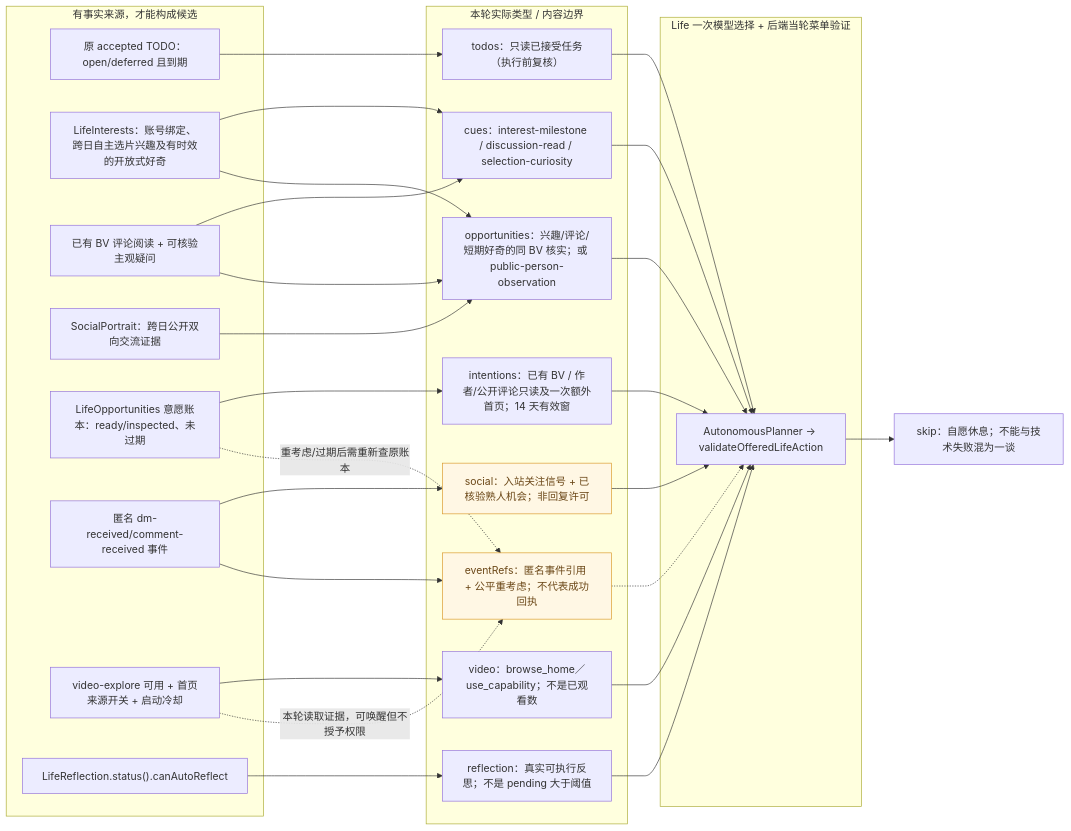
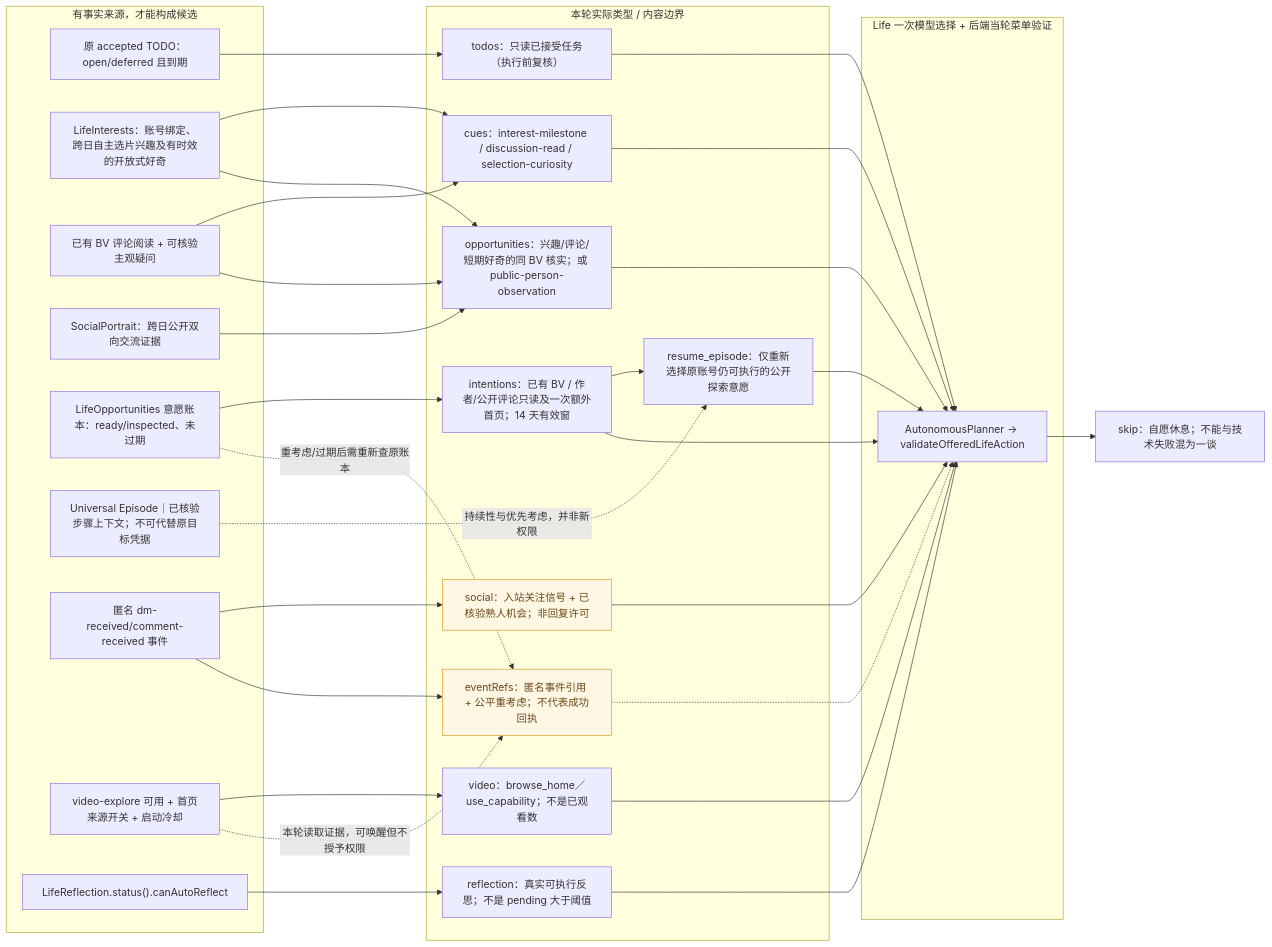
One commit to minedalang/dsh-dafeiyu-life changed the diagram in docs/architecture/diagrams/life-candidates-current.mmd. Above: the diagram before and after it, drawn with Mermaid. The commit also changed 22 other files, not shown here.

```diff
--- a/docs/architecture/diagrams/life-candidates-current.mmd
+++ b/docs/architecture/diagrams/life-candidates-current.mmd
@@ -1,65 +1,73 @@
 %% 生活候选细目字典：这是当前项目的真实 schema 类型/选择约束，不是泛化的 AI 心理推演。
 flowchart LR
   subgraph inputs["有事实来源，才能构成候选"]
     sourceTodo["原 accepted TODO：open/deferred 且到期"]
     sourceInterest["LifeInterests：账号绑定、跨日自主选片兴趣及有时效的开放式好奇"]
     sourceDiscussion["已有 BV 评论阅读 + 可核验主观疑问"]
     sourcePerson["SocialPortrait：跨日公开双向交流证据"]
     sourceLife["LifeOpportunities 意愿账本：ready/inspected、未过期"]
+    episodeState["Universal Episode｜已核验步骤上下文；不可代替原目标凭据"]
     sourceSocial["匿名 dm-received/comment-received 事件"]
     sourceVideo["video-explore 可用 + 首页来源开关 + 启动冷却"]
     sourceReflect["LifeReflection.status().canAutoReflect"]
   end
   subgraph candidates["本轮实际类型 / 内容边界"]
     todos["todos：只读已接受任务（执行前复核）"]
     cues["cues：interest-milestone / discussion-read / selection-curiosity"]
     opportunities["opportunities：兴趣/评论/短期好奇的同 BV 核实；或 public-person-observation"]
     intentions["intentions：已有 BV / 作者/公开评论只读及一次额外首页；14 天有效窗"]
+    resume["resume_episode：仅重新选择原账号仍可执行的公开探索意愿"]
     social["social：入站关注信号 + 已核验熟人机会；非回复许可"]
     video["video：browse_home／use_capability；不是已观看数"]
     reflection["reflection：真实可执行反思；不是 pending 大于阈值"]
     eventRefs["eventRefs：匿名事件引用 + 公平重考虑；不代表成功回执"]
   end
   sourceTodo --> todos
   sourceInterest --> cues
   sourceDiscussion --> cues
   sourceInterest --> opportunities
   sourceDiscussion --> opportunities
   sourcePerson --> opportunities
   sourceLife --> intentions
+  episodeState -.->|持续性与优先考虑，并非新权限| resume
+  intentions --> resume
   sourceSocial --> social
   sourceVideo --> video
   sourceReflect --> reflection
   sourceSocial --> eventRefs
   sourceVideo -.->|本轮读取证据，可唤醒但不授予权限| eventRefs
   sourceLife -.->|重考虑/过期后需重新查原账本| eventRefs
   subgraph choice["Life 一次模型选择 + 后端当轮菜单验证"]
     planner["AutonomousPlanner → validateOfferedLifeAction"]
   end
   todos --> planner
   cues --> planner
   opportunities --> planner
   intentions --> planner
+  resume --> planner
   social --> planner
   video --> planner
   reflection --> planner
   eventRefs -.-> planner
   rest["skip：自愿休息；不能与技术失败混为一谈"]
   planner --> rest
   classDef partial fill:#fff7e4,stroke:#d99727,color:#6b4717
   class social,eventRefs partial
 
 %% @code todos | lib/owner-todos.mjs | export const READ_TODO_TYPES
 %% @code cues | lib/life-opportunities.mjs | const explorationCues=
 %% @code opportunities | lib/life-opportunities.mjs | export function deriveDiscussionOpportunities
 %% @code intentions | lib/life-opportunities.mjs | const intentions=
 %% @code social | lib/life-agent-events.mjs | const TYPES=new Set
 %% @code video | lib/autonomous-planner.mjs | if(homeEnabled&&lifeSkills.some
 %% @code reflection | lib/life-reflection.mjs | canAutoReflect
 %% @code eventRefs | lib/life-agent-events.mjs | export const lifeEventDebugRef
 %% @code planner | lib/autonomous-planner.mjs | export function validateOfferedLifeAction
 
 %% dev.33 maintenance: selection-curiosity from account-tagged verified selected BV only;
 %% no free-form title search, no automatic outbound approval.
 
 %% dev.35: Episode 的写入不是默认终点；需实际只读或主动休息 + 冷却后才能再写，仍无新权限。
+
+%% @code episodeState | lib/life-universal-episodes.mjs | const view=e=>
+%% @code resume | lib/autonomous-planner.mjs | action:'resume_episode'
```
